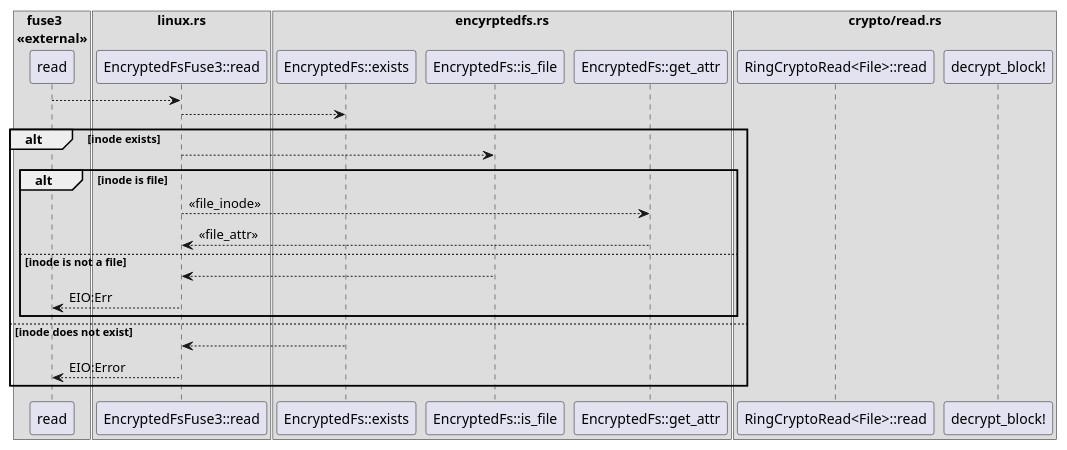
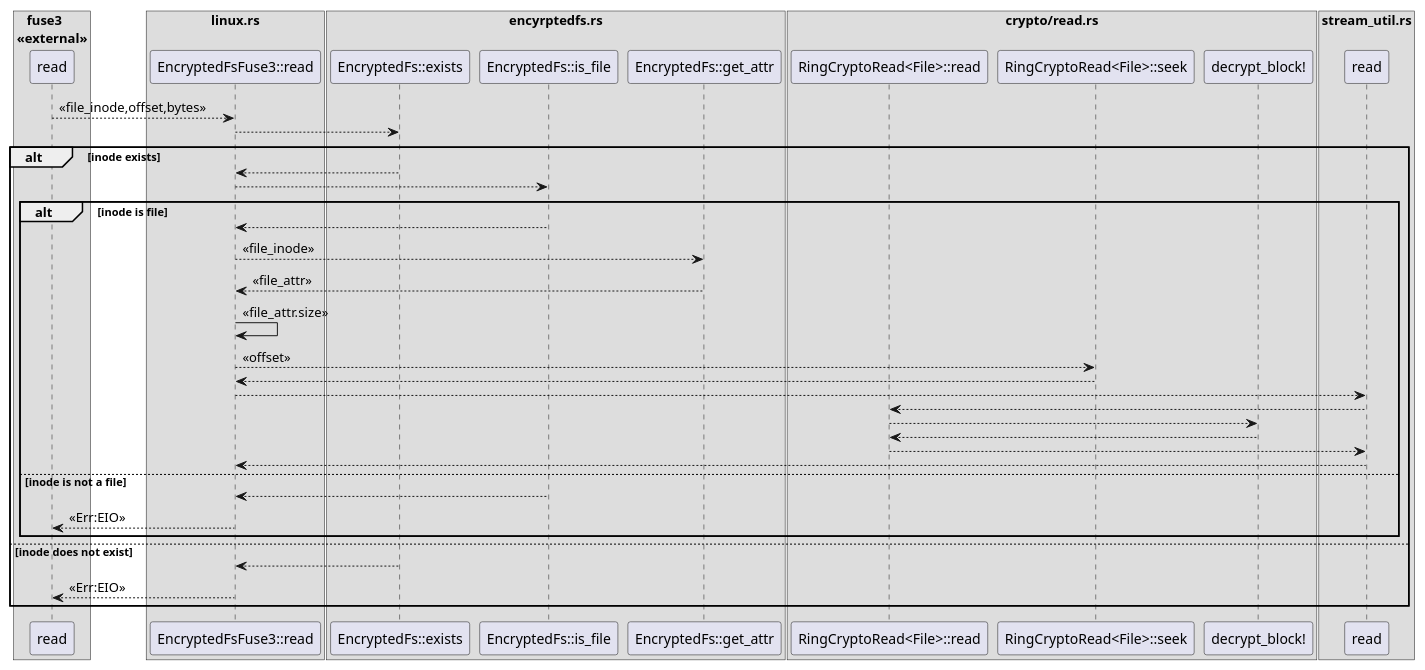
One commit to xoriors/rencfs changed the diagram in doc/uml/read.puml. Above: the diagram before and after it, drawn with PlantUML.

Commit message:
More context into read

```diff
--- a/doc/uml/read.puml
+++ b/doc/uml/read.puml
@@ -1,70 +1,58 @@
 @@startuml
 box "   fuse3\n<<external>>"
 participant "read" as ext_read
 end box
 
 box "linux.rs"
 participant "EncryptedFsFuse3::read" as read
 end box 
 
 
 box "encyrptedfs.rs"
 participant "EncryptedFs::exists" as exists
 participant "EncryptedFs::is_file" as is_file
 participant "EncryptedFs::get_attr" as get_attr
-' participant "EncryptedFs::set_len" as set_len
-' participant "EncryptedFs::open" as open
-' participant "EncryptedFs::do_with_read_handle" as do_with_read
-' participant "EncryptedFs::do_with_write_handle" as do_with_write
-' participant "check_access" as chk_acc
 end box 
 
 box "crypto/read.rs"
 participant "RingCryptoRead<File>::read" as crypto_read
+participant "RingCryptoRead<File>::seek" as crypto_seek
+' participant "RingCryptoRead<File>::get_plaintext_len" as get_plaintext_len
 participant "decrypt_block!" as macro_decrypt
 end box
 
+box "stream_util.rs"
+participant "read" as su_read
+end box
 
-ext_read --> read
+
+ext_read --> read : <<file_inode,offset,bytes>>
 read --> exists
 alt inode exists
+    read <-- exists
     read --> is_file 
     alt inode is file
+    read <-- is_file
     read --> get_attr : <<file_inode>>
     read <-- get_attr : <<file_attr>>
+    read -> read : <<file_attr.size>>
+    read --> crypto_seek : <<offset>>
+    ' crypto_seek --> get_plaintext_len
+    ' crypto_seek <-- get_plaintext_len
+    read <-- crypto_seek
+    read --> su_read
+    su_read --> crypto_read
+    crypto_read --> macro_decrypt
+    macro_decrypt --> crypto_read
+    crypto_read --> su_read
+    su_read --> read
     else inode is not a file
     read <-- is_file
-    ext_read <-- read: EIO:Err
+    ext_read <-- read: <<Err:EIO>>
     end
 else inode does not exist
 read <-- exists 
-ext_read <-- read : EIO:Error
+ext_read <-- read : <<Err:EIO>>
 end
-' read --> chk_acc : <<file_attr>>
-' alt file access allowed
-' read <-- chk_acc : true
-'     opt truncate=true
-'         read --> set_len
-'         read <-- set_len
-'     end
-' read --> open : <<file_inode>>,<<rw mode>>
-'     alt read mode true
-'         open --> do_with_read
-'         open <-- do_with_read
-'         opt write mode true 
-'             open --> do_with_write
-'             open <-- do_with_write
-'         end
-'         read <-- open : <<file_handle>>
-'         ext_read <-- read : <<file_handle>>
-'     else neither read nor write mode 
-'         read <-- open 
-'         ext_read <-- read : <<Err:EIO>>
-'     end
-' else file access not allowed
-' read <-- chk_acc : false
-' ext_read <-- read : <<Err:EACCES>>
-' end 
-
 
 @@enduml
```
